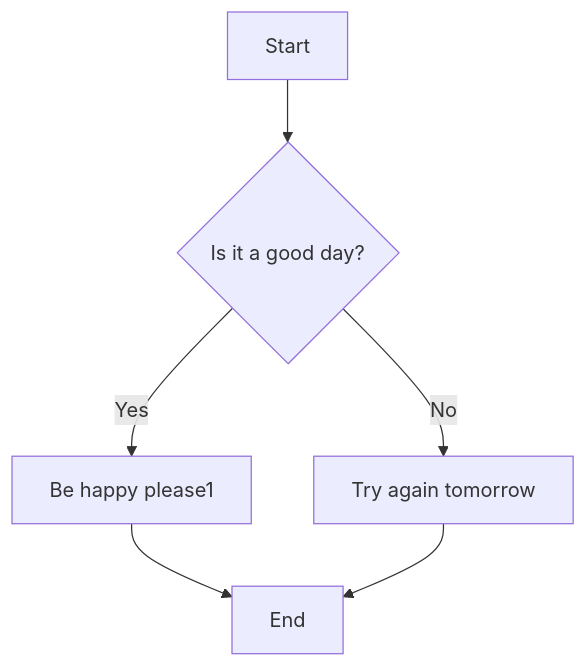
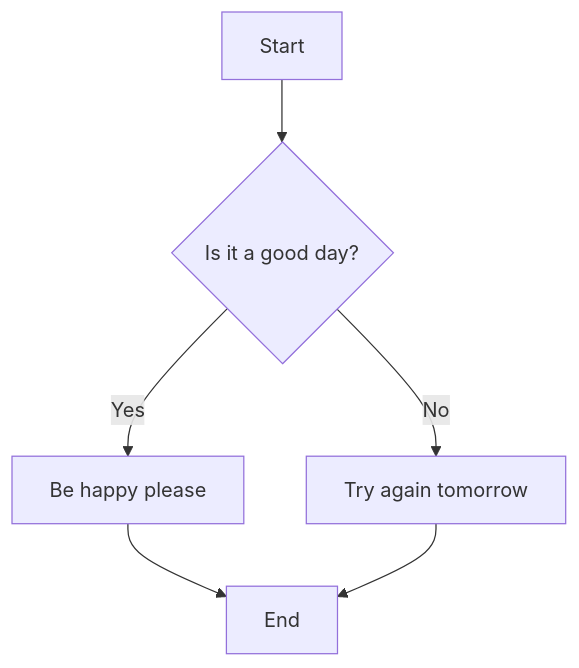
One commit to hareeshgundam33/DocAsACodeSample changed the diagram in docs/Sub-Folder1/Document-1.md. Above: the diagram before and after it, drawn with Mermaid.

Commit message:
Initial commit (update4)

````diff
--- a/docs/Sub-Folder1/Document-1.md
+++ b/docs/Sub-Folder1/Document-1.md
@@ -1,8 +1,8 @@
 ```mermaid
 graph TD
     A[Start] --> B{Is it a good day?};
-    B -- Yes --> C[Be happy please1];
+    B -- Yes --> C[Be happy please];
     B -- No --> D[Try again tomorrow];
     C --> E[End];
     D --> E;
 ```
````
